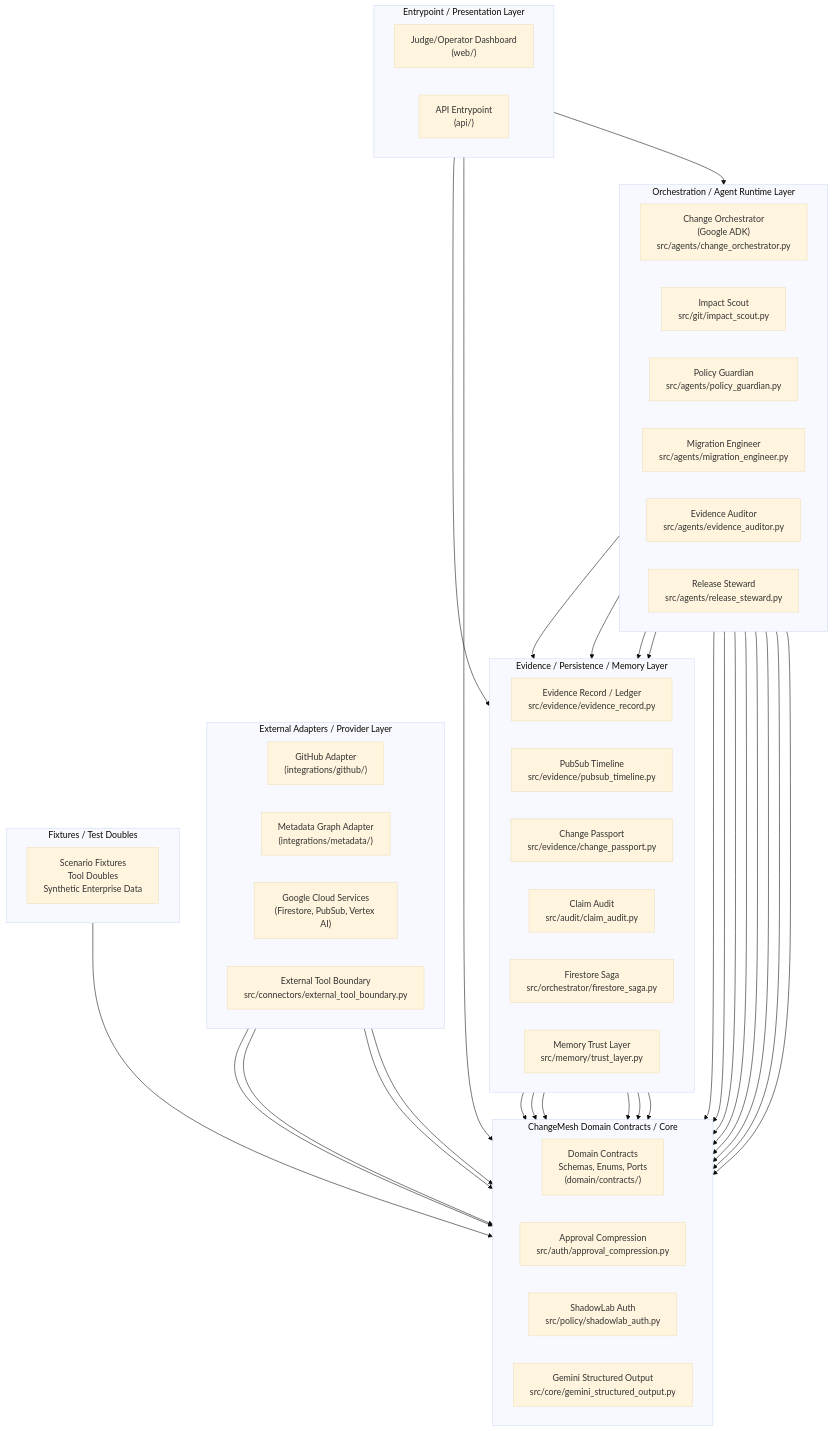
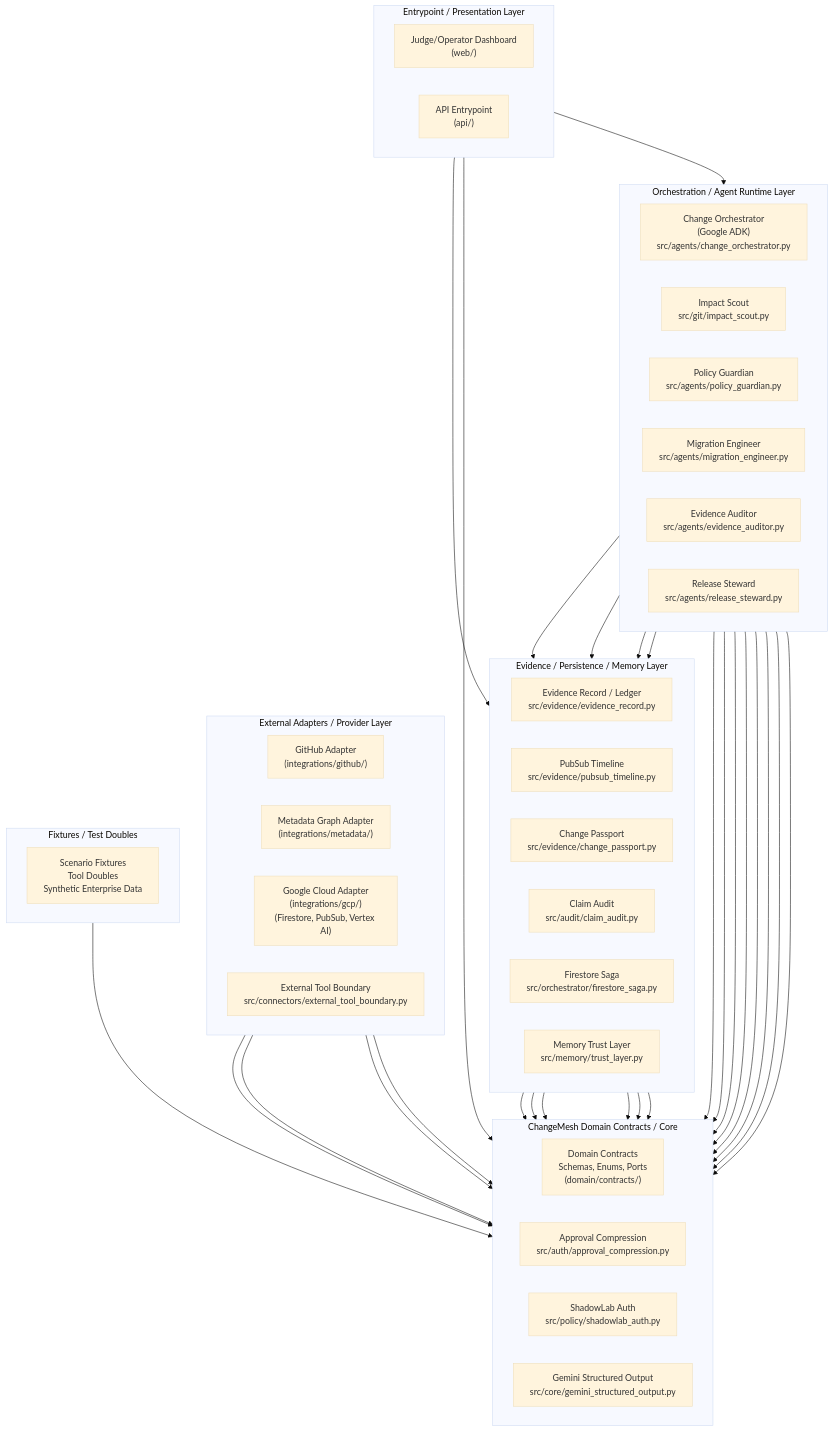
The diagram in docs/ARCHITECTURE.md (zyganali-glitch/ChangeMesh), drawn with Mermaid (base theme) before and after one commit. The commit also changed other lines of this file and 3 other files, not shown here.

Commit message:
fix(architecture): reconcile api, gcp adapter, browser-native web paths and P-Omega audit parity (P-06.01 repair)

```diff
--- a/docs/ARCHITECTURE.md
+++ b/docs/ARCHITECTURE.md
@@ -70,7 +70,7 @@
         direction LR
         GH_ADAPT["GitHub Adapter<br/>(integrations/github/)"]
         META_ADAPT["Metadata Graph Adapter<br/>(integrations/metadata/)"]
-        GCP_ADAPT["Google Cloud Services<br/>(Firestore, PubSub, Vertex AI)"]
+        GCP_ADAPT["Google Cloud Adapter<br/>(integrations/gcp/)<br/>(Firestore, PubSub, Vertex AI)"]
         EXT_TOOL["External Tool Boundary<br/>src/connectors/external_tool_boundary.py"]
     end
 
```
